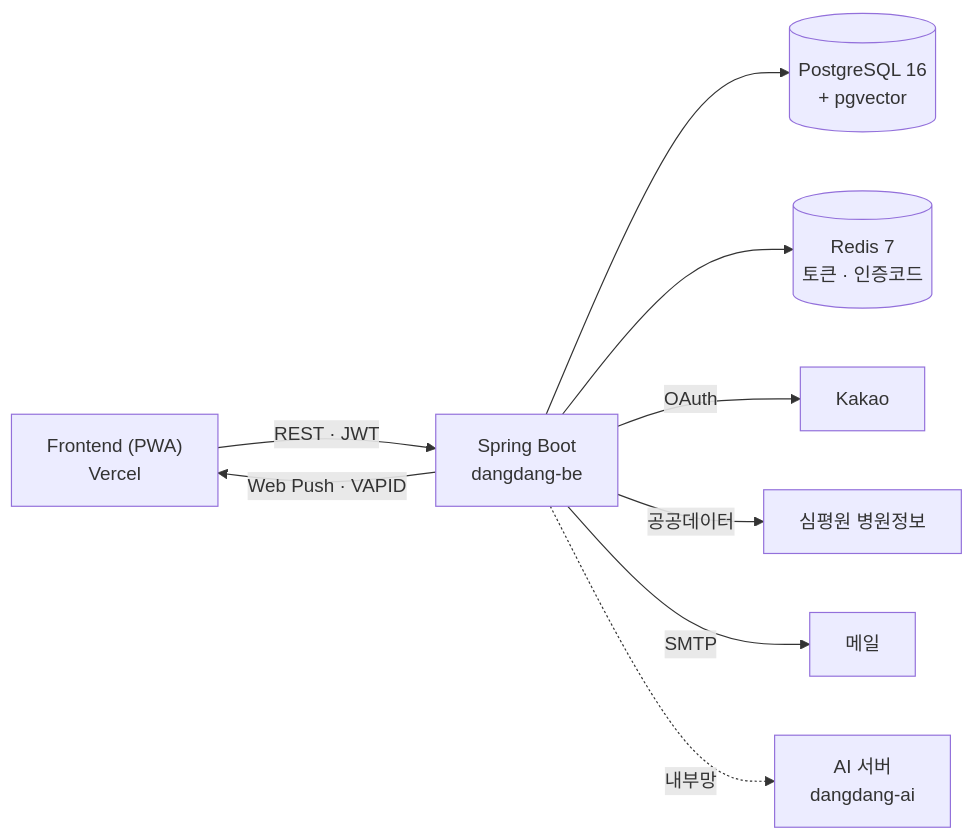
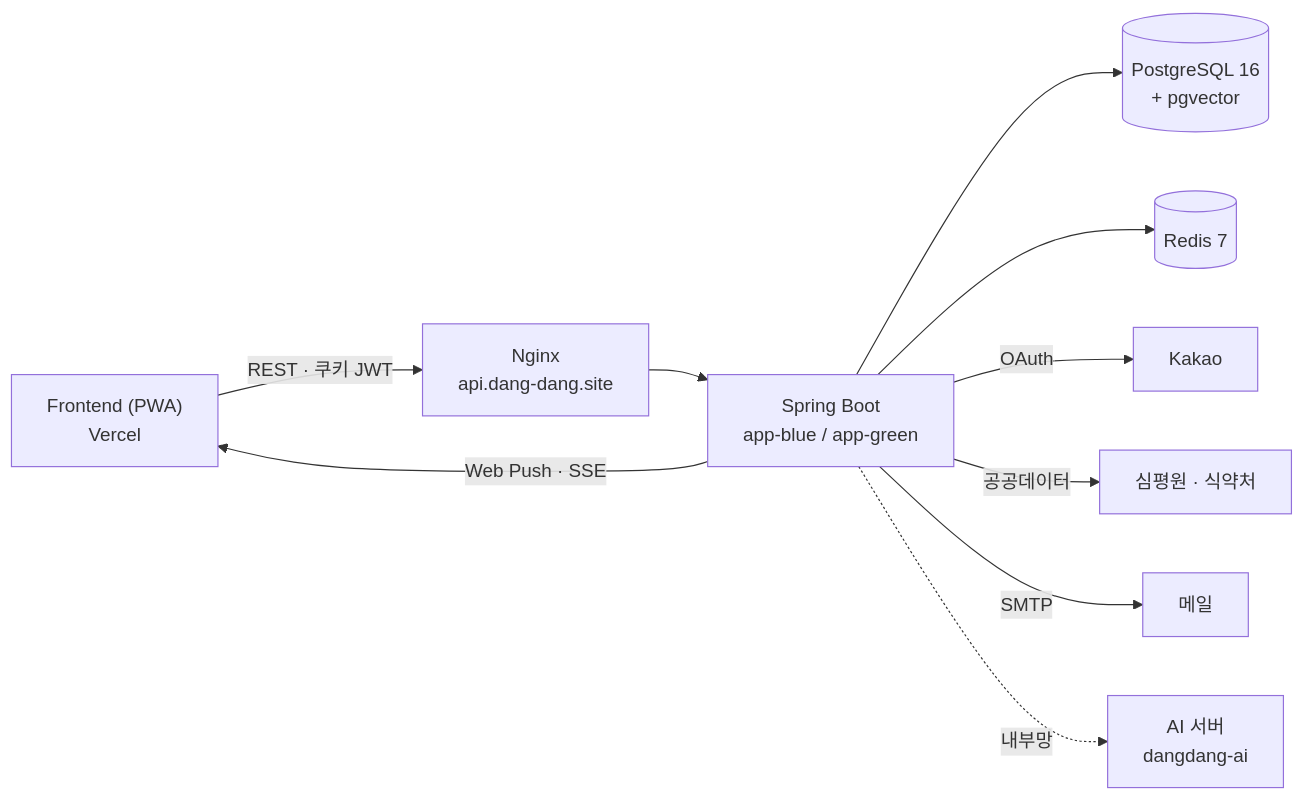
Before and after one commit to dangdang-2026/dangdang-be: the first of 2 diagrams in README.md, drawn with Mermaid. The commit also changed other lines of this file, not shown here.

````diff
--- a/README.md
+++ b/README.md
@@ -27,11 +37,12 @@
 ```mermaid
 flowchart LR
-    FE["Frontend (PWA)<br/>Vercel"] -->|REST · JWT| BE["Spring Boot<br/>dangdang-be"]
+    FE["Frontend (PWA)<br/>Vercel"] -->|REST · 쿠키 JWT| NG["Nginx<br/>api.dang-dang.site"]
+    NG --> BE["Spring Boot<br/>app-blue / app-green"]
     BE --> DB[("PostgreSQL 16<br/>+ pgvector")]
-    BE --> R[("Redis 7<br/>토큰 · 인증코드")]
-    BE -->|Web Push · VAPID| FE
+    BE --> R[("Redis 7")]
+    BE -->|Web Push · SSE| FE
     BE -->|OAuth| K["Kakao"]
-    BE -->|공공데이터| H["심평원 병원정보"]
+    BE -->|공공데이터| H["심평원 · 식약처"]
     BE -->|SMTP| M["메일"]
     BE -.내부망.-> AI["AI 서버<br/>dangdang-ai"]
 ```
````
